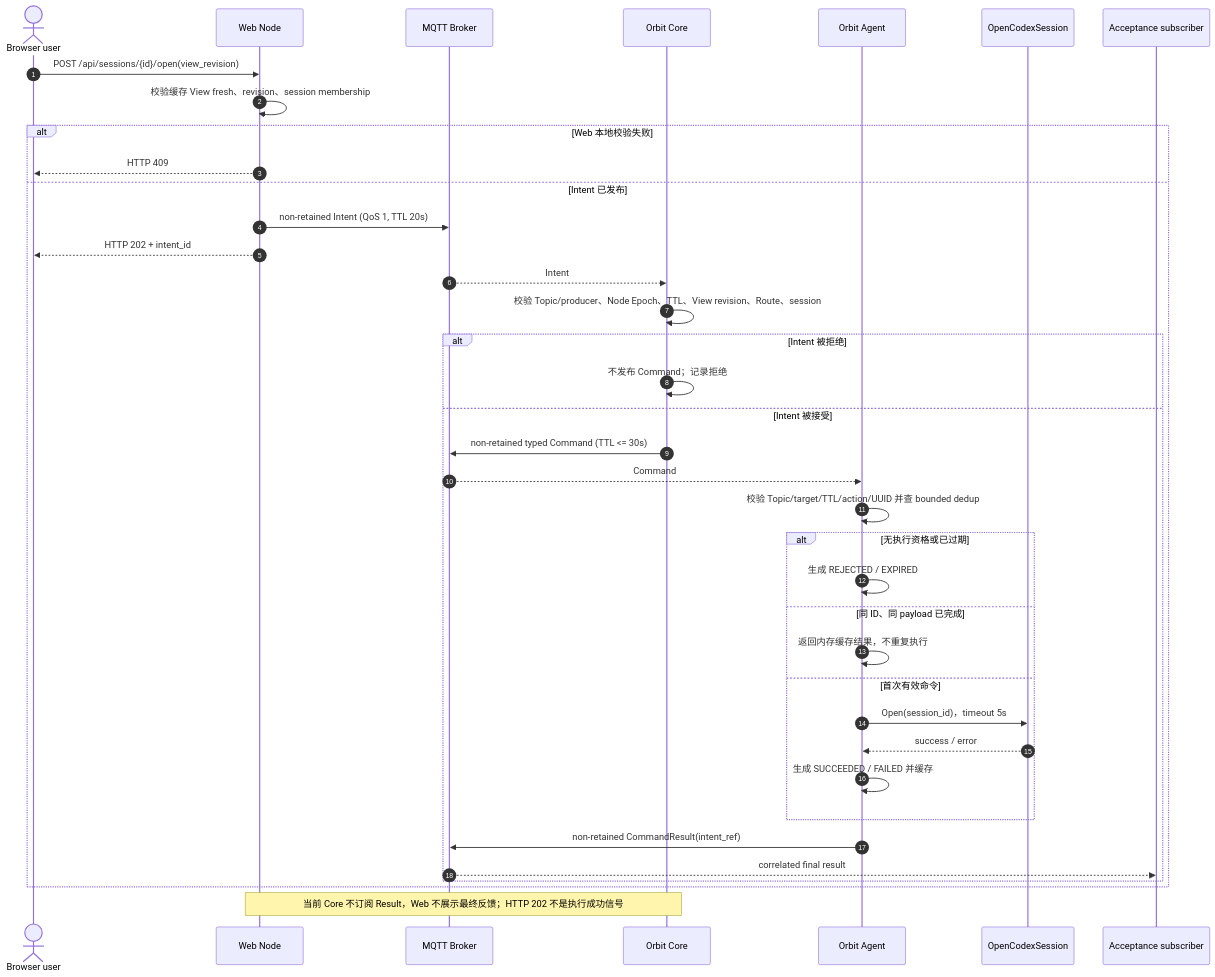
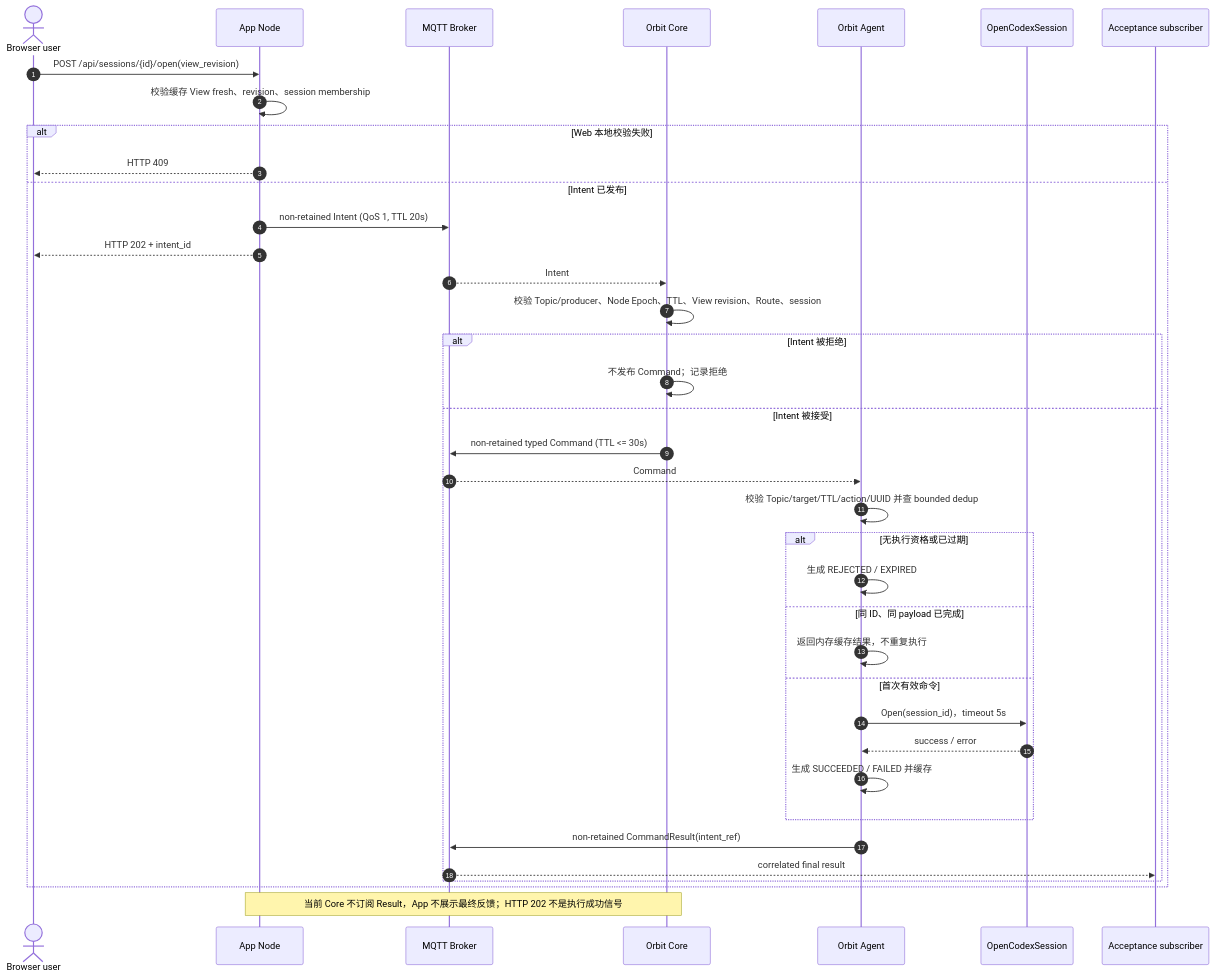
The sixth of 6 diagrams in docs/design.md (leowzz/orbit), drawn with Mermaid before and after one commit. The commit also changed other lines of this file and 52 other files, not shown here.

Commit message:
refactor(architecture): retire standalone orbit-web service

````diff
--- a/docs/design.md
+++ b/docs/design.md
@@ -595,42 +598,42 @@
 ```mermaid
 sequenceDiagram
     autonumber
     actor User as Browser user
-    participant Web as Web Node
+    participant Web as App Node
     participant MQTT as MQTT Broker
     participant Core as Orbit Core
     participant Agent as Orbit Agent
     participant Capability as OpenCodexSession
     participant Observer as Acceptance subscriber
 
     User->>Web: POST /api/sessions/{id}/open(view_revision)
     Web->>Web: 校验缓存 View fresh、revision、session membership
     alt Web 本地校验失败
         Web-->>User: HTTP 409
     else Intent 已发布
         Web->>MQTT: non-retained Intent (QoS 1, TTL 20s)
         Web-->>User: HTTP 202 + intent_id
         MQTT-->>Core: Intent
         Core->>Core: 校验 Topic/producer、Node Epoch、TTL、View revision、Route、session
         alt Intent 被拒绝
             Core->>Core: 不发布 Command；记录拒绝
         else Intent 被接受
             Core->>MQTT: non-retained typed Command (TTL <= 30s)
             MQTT-->>Agent: Command
             Agent->>Agent: 校验 Topic/target/TTL/action/UUID 并查 bounded dedup
             alt 无执行资格或已过期
                 Agent->>Agent: 生成 REJECTED / EXPIRED
             else 同 ID、同 payload 已完成
                 Agent->>Agent: 返回内存缓存结果，不重复执行
             else 首次有效命令
                 Agent->>Capability: Open(session_id)，timeout 5s
                 Capability-->>Agent: success / error
                 Agent->>Agent: 生成 SUCCEEDED / FAILED 并缓存
             end
             Agent->>MQTT: non-retained CommandResult(intent_ref)
             MQTT-->>Observer: correlated final result
         end
     end
 
-    Note over Core,Web: 当前 Core 不订阅 Result，Web 不展示最终反馈；HTTP 202 不是执行成功信号
+    Note over Core,Web: 当前 Core 不订阅 Result，App 不展示最终反馈；HTTP 202 不是执行成功信号
 ```
````
